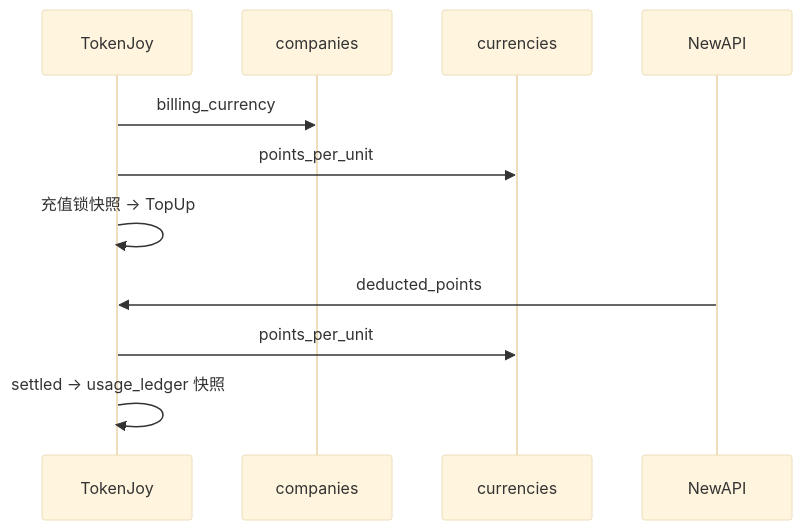
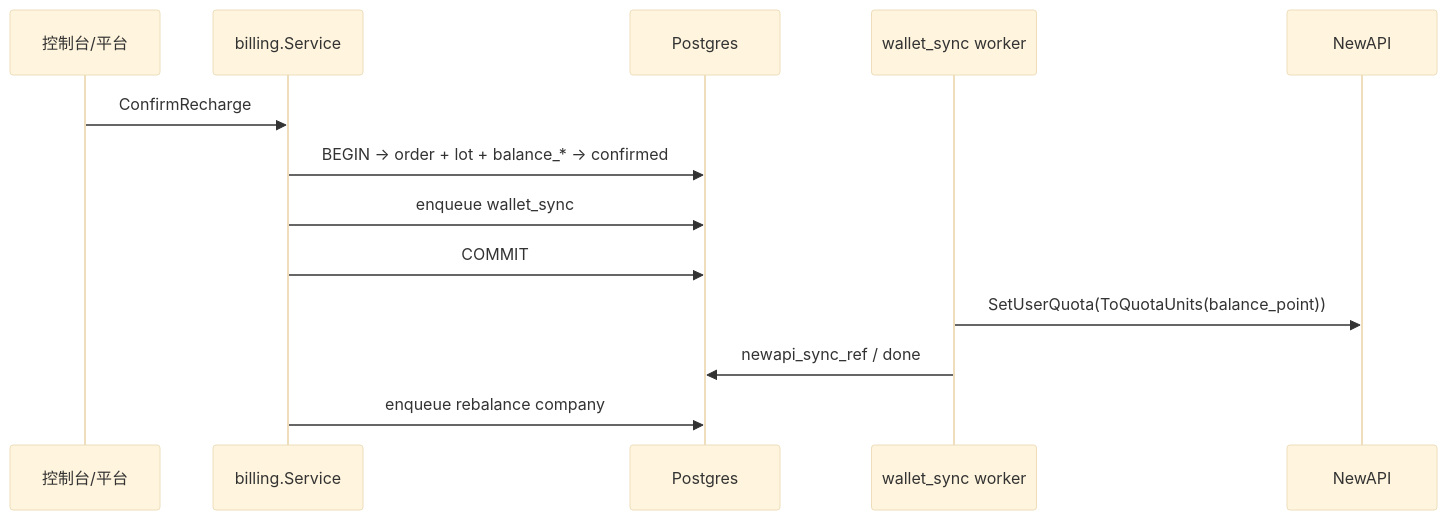
One commit to quyip8818/mytokenjoy changed the first of 2 diagrams in docs/Backend-计费单位.md. Above: the diagram before and after it, drawn with Mermaid (base theme). The commit also changed other lines of this file and 115 other files, not shown here.

````diff
--- a/docs/Backend-计费单位.md
+++ b/docs/Backend-计费单位.md
@@ -150,15 +287,16 @@
 ```mermaid
 sequenceDiagram
-  participant TJ as TokenJoy
-  participant CO as companies
-  participant CUR as currencies
+  participant UI as 控制台/平台
+  participant B as billing.Service
+  participant PG as Postgres
+  participant W as wallet_sync worker
   participant NA as NewAPI
 
-  TJ->>CO: billing_currency
-  TJ->>CUR: points_per_unit
-  TJ->>TJ: 充值锁快照 → TopUp
-
-  NA->>TJ: deducted_points
-  TJ->>CUR: points_per_unit
-  TJ->>TJ: settled → usage_ledger 快照
+  UI->>B: ConfirmRecharge
+  B->>PG: BEGIN → order + lot + balance_* → confirmed
+  B->>PG: enqueue wallet_sync
+  B->>PG: COMMIT
+  W->>NA: SetUserQuota(ToQuotaUnits(balance_point))
+  W->>PG: newapi_sync_ref / done
+  B->>PG: enqueue rebalance company
 ```
````
